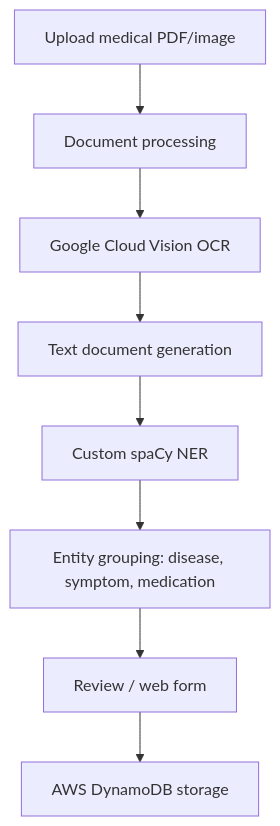
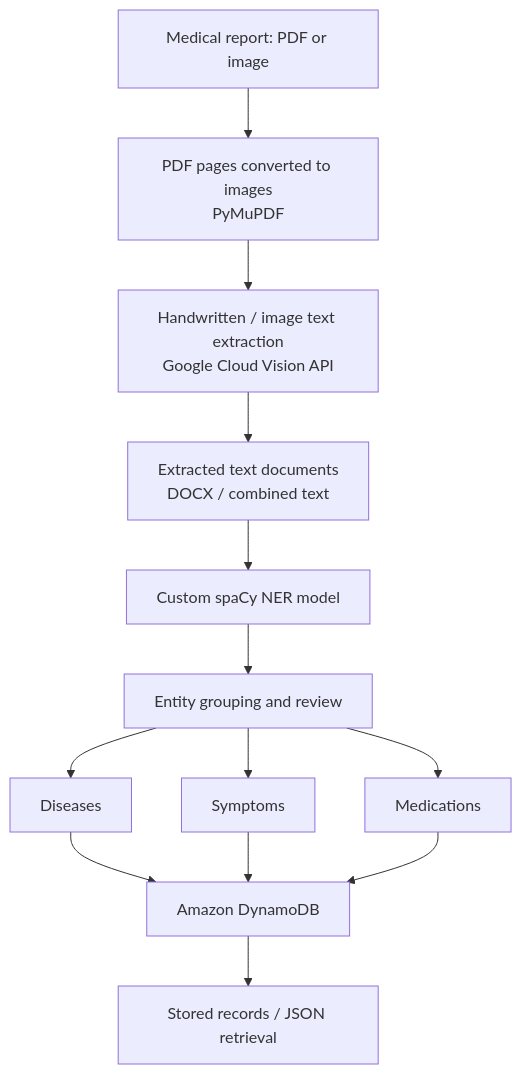
Before and after one commit to AsadMondol/E-Health: the diagram in README.md, drawn with Mermaid. The commit also changed other lines of this file and 7 other files, not shown here.

Commit message:
Update README with research architecture and results

````diff
--- a/README.md
+++ b/README.md
@@ -7,10 +25,15 @@
 ```mermaid
 flowchart TD
- A[Upload medical PDF/image] --> B[Document processing]
- B --> C[Google Cloud Vision OCR]
- C --> D[Text document generation]
- D --> E[Custom spaCy NER]
- E --> F[Entity grouping: disease, symptom, medication]
- F --> G[Review / web form]
- G --> H[AWS DynamoDB storage]
+    A[Medical report: PDF or image] --> B[PDF pages converted to images<br/>PyMuPDF]
+    B --> C[Handwritten / image text extraction<br/>Google Cloud Vision API]
+    C --> D[Extracted text documents<br/>DOCX / combined text]
+    D --> E[Custom spaCy NER model]
+    E --> F[Entity grouping and review]
+    F --> G[Diseases]
+    F --> H[Symptoms]
+    F --> I[Medications]
+    G --> J[Amazon DynamoDB]
+    H --> J
+    I --> J
+    J --> K[Stored records / JSON retrieval]
 ```
````
